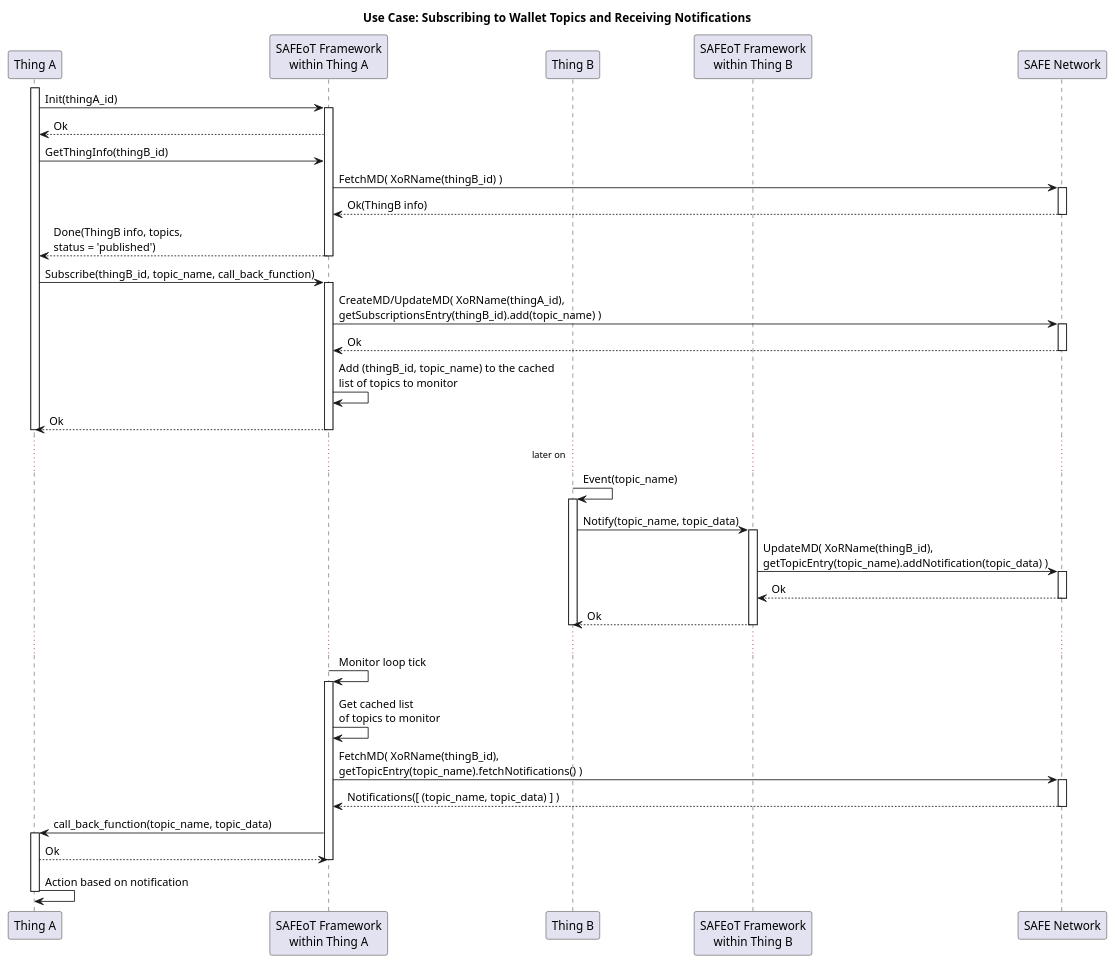
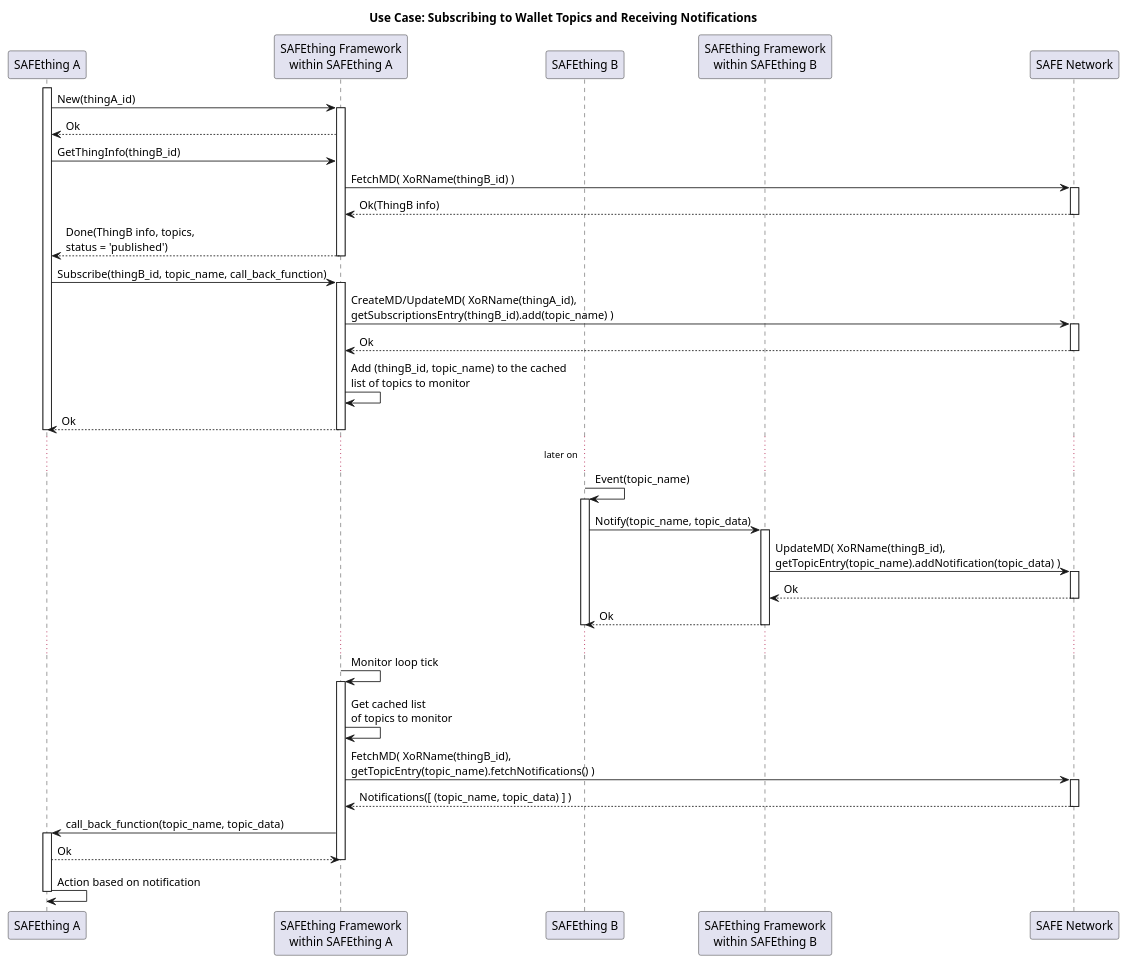
One commit to bochaco/safe_thing changed the diagram in misc/UC_wallet_topic.plantuml. Above: the diagram before and after it, drawn with PlantUML. The commit also changed 19 other files, not shown here.

Commit message:
Renaming from SAFEoT to SAFEthing

```diff
--- a/misc/UC_wallet_topic.plantuml
+++ b/misc/UC_wallet_topic.plantuml
@@ -1,79 +1,79 @@
 @startuml
 title **Use Case: Subscribing to Wallet Topics and Receiving Notifications**
 
-participant "Thing A" as thingA
-participant "SAFEoT Framework\nwithin Thing A" as safeotA
-participant "Thing B" as thingB
-participant "SAFEoT Framework\nwithin Thing B" as safeotB
+participant "SAFEthing A" as thingA
+participant "SAFEthing Framework\nwithin SAFEthing A" as frameworkA
+participant "SAFEthing B" as thingB
+participant "SAFEthing Framework\nwithin SAFEthing B" as frameworkB
 participant "SAFE Network" as safenet
 
 activate thingA
-thingA -> safeotA: Init(thingA_id)
-activate safeotA
-thingA <-- safeotA: Ok
-thingA -> safeotA: GetThingInfo(thingB_id)
+thingA -> frameworkA: New(thingA_id)
+activate frameworkA
+thingA <-- frameworkA: Ok
+thingA -> frameworkA: GetThingInfo(thingB_id)
 
-safeotA -> safenet: FetchMD( XoRName(thingB_id) )
+frameworkA -> safenet: FetchMD( XoRName(thingB_id) )
 activate safenet
 
-safeotA <-- safenet: Ok(ThingB info)
+frameworkA <-- safenet: Ok(ThingB info)
 deactivate safenet
 
-thingA <-- safeotA: Done(ThingB info, topics,\nstatus = 'published')
-deactivate safeotA
+thingA <-- frameworkA: Done(ThingB info, topics,\nstatus = 'published')
+deactivate frameworkA
 
-thingA -> safeotA: Subscribe(thingB_id, topic_name, call_back_function)
-activate safeotA
+thingA -> frameworkA: Subscribe(thingB_id, topic_name, call_back_function)
+activate frameworkA
 
-safeotA -> safenet: CreateMD/UpdateMD( XoRName(thingA_id),\ngetSubscriptionsEntry(thingB_id).add(topic_name) )
+frameworkA -> safenet: CreateMD/UpdateMD( XoRName(thingA_id),\ngetSubscriptionsEntry(thingB_id).add(topic_name) )
 activate safenet
 
-safeotA <-- safenet: Ok
+frameworkA <-- safenet: Ok
 deactivate safenet
 
-safeotA -> safeotA: Add (thingB_id, topic_name) to the cached\nlist of topics to monitor
+frameworkA -> frameworkA: Add (thingB_id, topic_name) to the cached\nlist of topics to monitor
 
-thingA <-- safeotA: Ok
-deactivate safeotA
+thingA <-- frameworkA: Ok
+deactivate frameworkA
 deactivate thingA
 
 ...later on...
 thingB -> thingB: Event(topic_name)
 activate thingB
 
-thingB -> safeotB: Notify(topic_name, topic_data)
-activate safeotB
+thingB -> frameworkB: Notify(topic_name, topic_data)
+activate frameworkB
 
-safeotB -> safenet: UpdateMD( XoRName(thingB_id),\ngetTopicEntry(topic_name).addNotification(topic_data) )
+frameworkB -> safenet: UpdateMD( XoRName(thingB_id),\ngetTopicEntry(topic_name).addNotification(topic_data) )
 activate safenet
 
-safeotB <-- safenet: Ok
+frameworkB <-- safenet: Ok
 deactivate safenet
 
-thingB <-- safeotB: Ok
-deactivate safeotB
+thingB <-- frameworkB: Ok
+deactivate frameworkB
 deactivate thingB
 
 ...
 
-safeotA -> safeotA: Monitor loop tick
-activate safeotA
+frameworkA -> frameworkA: Monitor loop tick
+activate frameworkA
 
-safeotA -> safeotA: Get cached list\nof topics to monitor
+frameworkA -> frameworkA: Get cached list\nof topics to monitor
 
-safeotA -> safenet: FetchMD( XoRName(thingB_id),\ngetTopicEntry(topic_name).fetchNotifications() )
+frameworkA -> safenet: FetchMD( XoRName(thingB_id),\ngetTopicEntry(topic_name).fetchNotifications() )
 activate safenet
 
-safeotA <-- safenet: Notifications([ (topic_name, topic_data) ] )
+frameworkA <-- safenet: Notifications([ (topic_name, topic_data) ] )
 deactivate safenet
 
-thingA <- safeotA: call_back_function(topic_name, topic_data)
+thingA <- frameworkA: call_back_function(topic_name, topic_data)
 activate thingA
 
-thingA --> safeotA: Ok
-deactivate safeotA
+thingA --> frameworkA: Ok
+deactivate frameworkA
 
 thingA -> thingA: Action based on notification
 deactivate thingA
 
 @enduml
```
